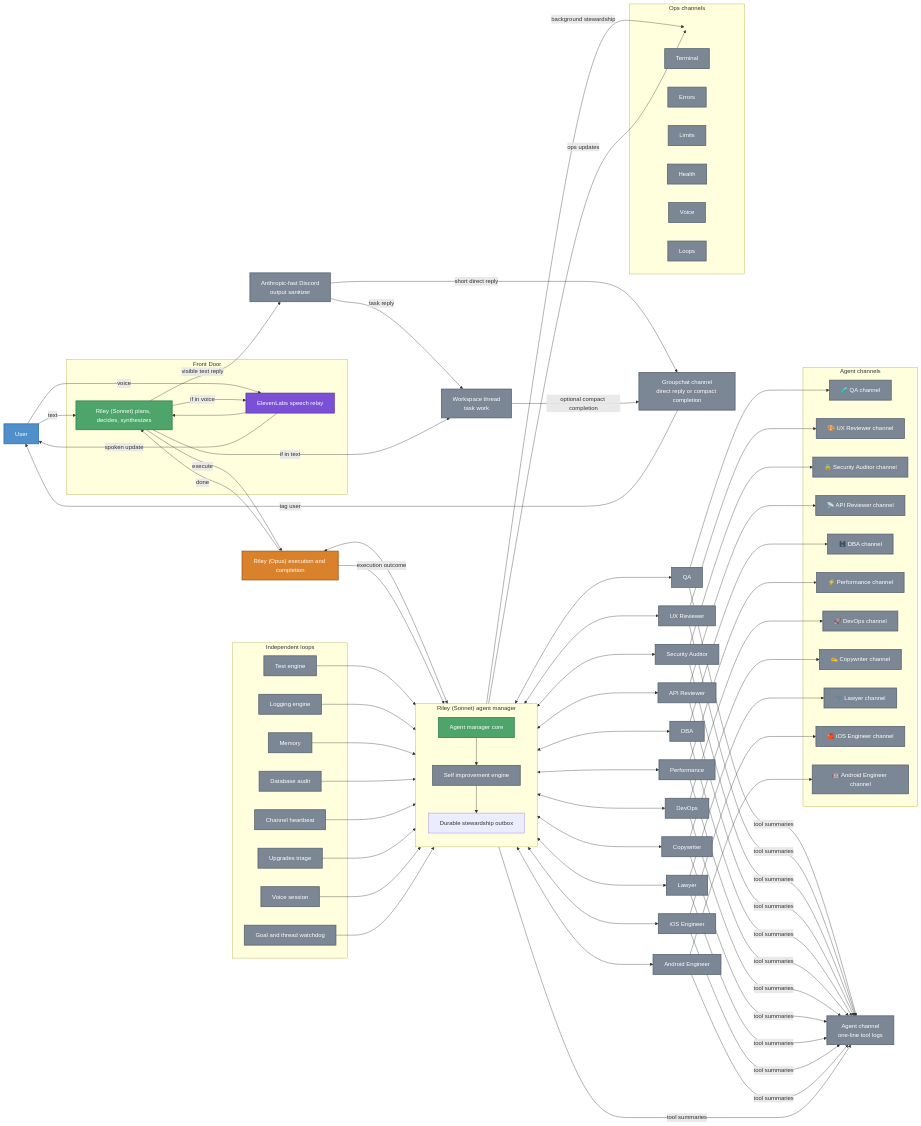
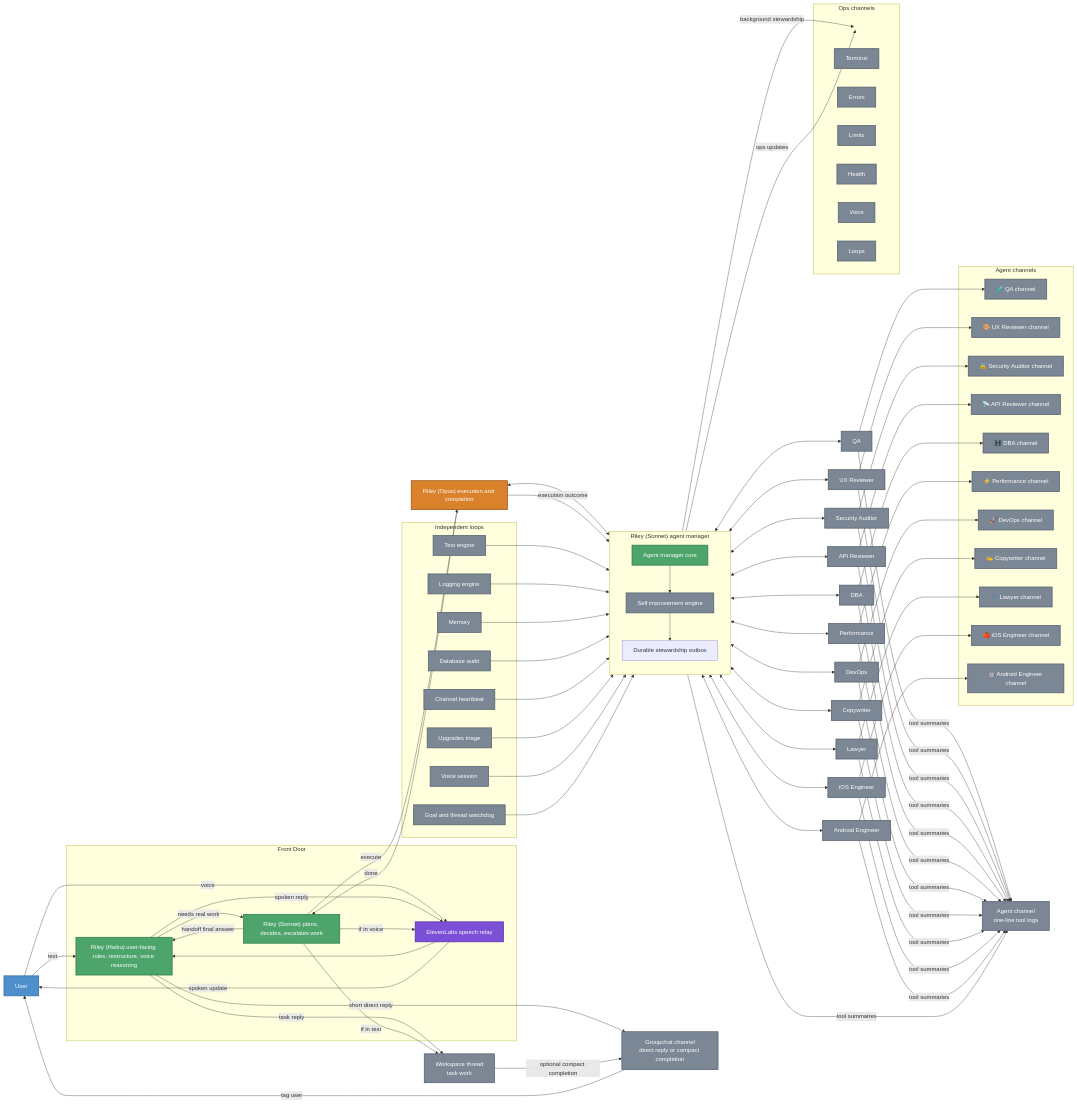
Before and after one commit to jflessenkemper/ASAP-discord: the first of 4 diagrams in .github/ARCHITECTURE.md, drawn with Mermaid. The commit also changed other lines of this file and 2 other files, not shown here.

Commit message:
Update Haiku front-door architecture

```diff
--- a/.github/ARCHITECTURE.md
+++ b/.github/ARCHITECTURE.md
@@ -15,11 +15,11 @@
     User[User]
     Groupchat[Groupchat channel\ndirect reply or compact completion]
     Workspace[Workspace thread\ntask work]
-    OutputSanitizer["Anthropic-fast Discord\noutput sanitizer"]
     ToolLogs["Agent channel\none-line tool logs"]
 
     subgraph FrontDoor[Front Door]
-        Riley["Riley (Sonnet) plans, decides, synthesizes"]
+        RileyHaiku["Riley (Haiku) user-facing rules, restructure, voice reasoning"]
+        Riley["Riley (Sonnet) plans, decides, escalates work"]
         Voice[ElevenLabs speech relay]
     end
 
@@ -81,9 +81,10 @@
         LoopsCh[Loops]
     end
 
-    User -->|text| Riley
+    User -->|text| RileyHaiku
     User -->|voice| Voice
-    Voice --> Riley
+    Voice --> RileyHaiku
+    RileyHaiku -->|needs real work| Riley
     Riley -->|execute| Opus
     Opus <--> AgentManagerCore
     AgentManagerCore <--> QAAgent
@@ -120,9 +121,10 @@
     StewardQueue -->|background stewardship| OpsHub
     SelfImproveEngine -->|ops updates| OpsHub
     Opus -->|done| Riley
-    Riley -->|visible text reply| OutputSanitizer
-    OutputSanitizer -->|short direct reply| Groupchat
-    OutputSanitizer -->|task reply| Workspace
+    Riley -->|handoff final answer| RileyHaiku
+    RileyHaiku -->|short direct reply| Groupchat
+    RileyHaiku -->|task reply| Workspace
+    RileyHaiku -->|spoken reply| Voice
     Workspace -->|optional compact completion| Groupchat
     AgentManagerCore -->|tool summaries| ToolLogs
     QAAgent -->|tool summaries| ToolLogs
@@ -149,8 +151,8 @@
     classDef hidden fill:transparent,stroke:transparent,color:transparent;
 
     class User user;
-    class Riley riley;
-    class Groupchat,Workspace,OutputSanitizer,ToolLogs,SelfImproveEngine,QAAgent,UXAgent,SecurityAgent,APIAgent,DBAAgent,PerformanceAgent,DevOpsAgent,CopywriterAgent,LawyerAgent,IOSAgent,AndroidAgent,QAChan,UXChan,SecurityChan,APIChan,DBAChan,PerformanceChan,DevOpsChan,CopywriterChan,LawyerChan,IOSChan,AndroidChan,TestEngine,LoggingEngine,MemoryLoop,DatabaseAudit,ChannelHeartbeat,UpgradesTriage,VoiceSession,GoalWatchdog,TerminalCh,ErrorsCh,LimitsCh,HealthCh,VoiceCh,LoopsCh surface;
+    class RileyHaiku,Riley riley;
+    class Groupchat,Workspace,ToolLogs,SelfImproveEngine,QAAgent,UXAgent,SecurityAgent,APIAgent,DBAAgent,PerformanceAgent,DevOpsAgent,CopywriterAgent,LawyerAgent,IOSAgent,AndroidAgent,QAChan,UXChan,SecurityChan,APIChan,DBAChan,PerformanceChan,DevOpsChan,CopywriterChan,LawyerChan,IOSChan,AndroidChan,TestEngine,LoggingEngine,MemoryLoop,DatabaseAudit,ChannelHeartbeat,UpgradesTriage,VoiceSession,GoalWatchdog,TerminalCh,ErrorsCh,LimitsCh,HealthCh,VoiceCh,LoopsCh surface;
     class Voice voice;
     class Opus opus;
     class AgentManagerCore riley;
```
